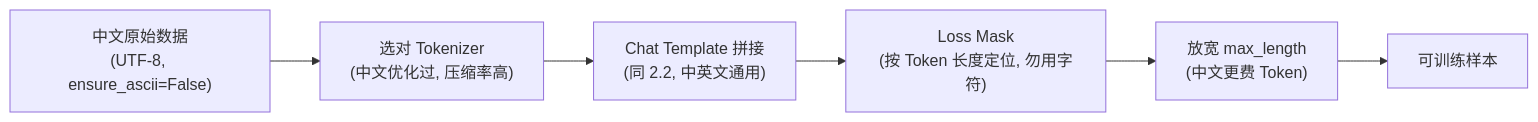
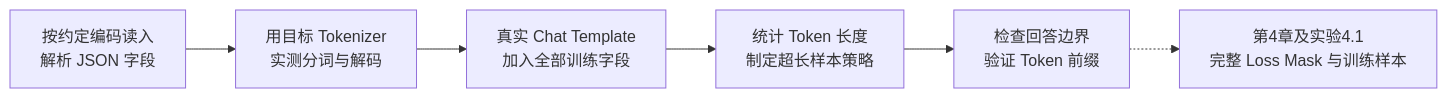
One commit to AI-learning-simple/Build-Your-Own-LLM changed the diagram in 2. Alignment 与训练工程/3.2 中文场景下的 Tokenizer 与数据处理.md. Above: the diagram before and after it, drawn with Mermaid. The commit also changed other lines of this file and 27 other files, not shown here.

````diff
--- a/2. Alignment 与训练工程/3.2 中文场景下的 Tokenizer 与数据处理.md
+++ b/2. Alignment 与训练工程/3.2 中文场景下的 Tokenizer 与数据处理.md
@@ -207,8 +274,8 @@
 ```mermaid
 flowchart LR
-    A["中文原始数据<br/>(UTF-8, ensure_ascii=False)"] --> B["选对 Tokenizer<br/>(中文优化过, 压缩率高)"]
-    B --> C["Chat Template 拼接<br/>(同 2.2, 中英文通用)"]
-    C --> D["Loss Mask<br/>(按 Token 长度定位, 勿用字符)"]
-    D --> E["放宽 max_length<br/>(中文更费 Token)"]
-    E --> F["可训练样本"]
+    A["按约定编码读入<br/>解析 JSON 字段"] --> B["用目标 Tokenizer<br/>实测分词与解码"]
+    B --> C["真实 Chat Template<br/>加入全部训练字段"]
+    C --> D["统计 Token 长度<br/>制定超长样本策略"]
+    D --> E["检查回答边界<br/>验证 Token 前缀"]
+    E -.-> F["第4章及实验4.1<br/>完整 Loss Mask 与训练样本"]
 ```
````
